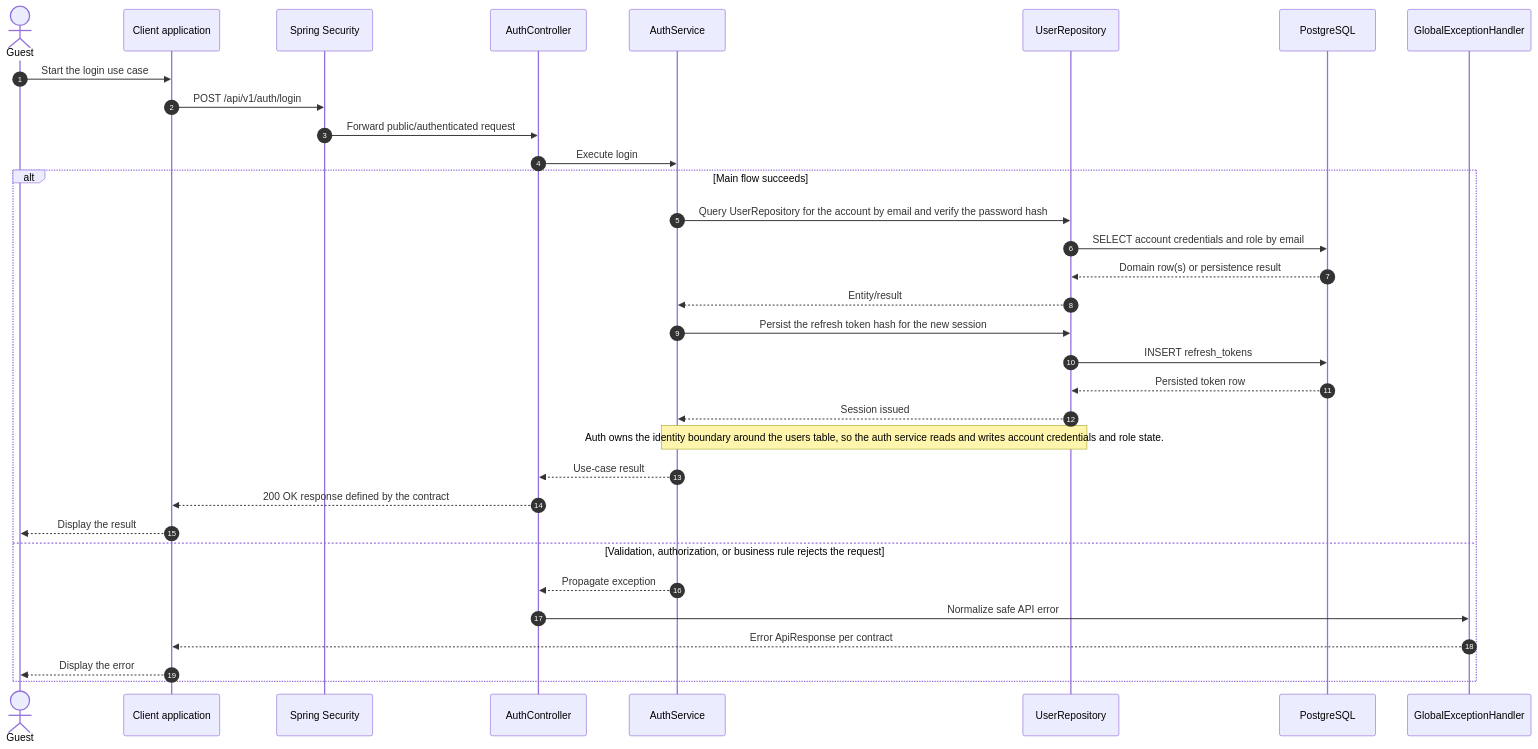
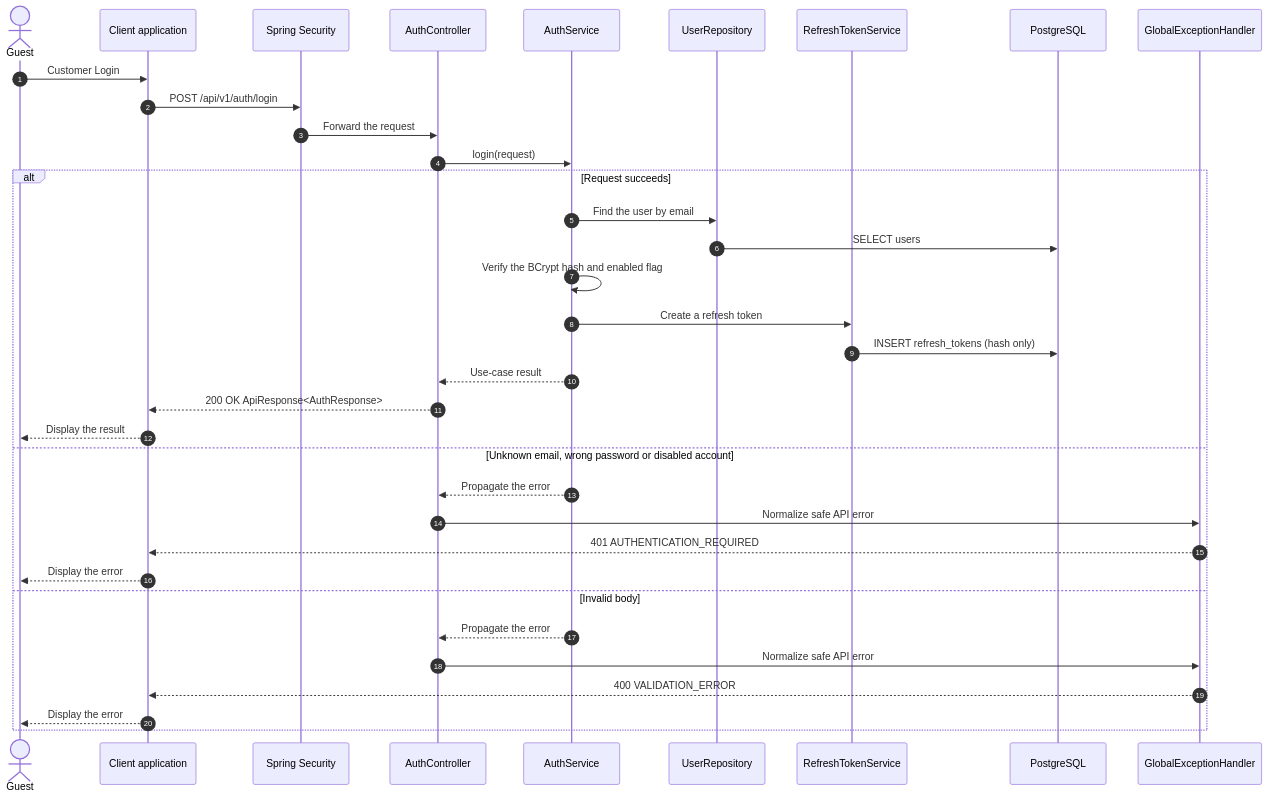
The diagram in sequence-diagram/customer/login.md (e-commercial-marketplace/commerce-platform-docs), drawn with Mermaid before and after one commit. The commit also changed other lines of this file and 232 other files, not shown here.

Commit message:
docs(usecase): align use cases, specs, activity and sequence diagrams with the backend

````diff
--- a/sequence-diagram/customer/login.md
+++ b/sequence-diagram/customer/login.md
@@ -9,35 +7,37 @@
 ```mermaid
 sequenceDiagram
     autonumber
     actor Guest
     participant Client as Client application
     participant Security as Spring Security
     participant Controller as AuthController
     participant Service as AuthService
     participant Repo as UserRepository
+    participant Tokens as RefreshTokenService
     participant DB as PostgreSQL
     participant Handler as GlobalExceptionHandler
-    Guest->>Client: Start the login use case
+    Guest->>Client: Customer Login
     Client->>Security: POST /api/v1/auth/login
-    Security->>Controller: Forward public/authenticated request
-    Controller->>Service: Execute login
-    alt Main flow succeeds
-        Service->>Repo: Query UserRepository for the account by email and verify the password hash
-        Repo->>DB: SELECT account credentials and role by email
-        DB-->>Repo: Domain row(s) or persistence result
-        Repo-->>Service: Entity/result
-        Service->>Repo: Persist the refresh token hash for the new session
-        Repo->>DB: INSERT refresh_tokens
-        DB-->>Repo: Persisted token row
-        Repo-->>Service: Session issued
-        Note over Service,Repo: Auth owns the identity boundary around the users table, so the auth service reads and writes account credentials and role state.
+    Security->>Controller: Forward the request
+    Controller->>Service: login(request)
+    alt Request succeeds
+        Service->>Repo: Find the user by email
+        Repo->>DB: SELECT users
+        Service->>Service: Verify the BCrypt hash and enabled flag
+        Service->>Tokens: Create a refresh token
+        Tokens->>DB: INSERT refresh_tokens (hash only)
         Service-->>Controller: Use-case result
-        Controller-->>Client: 200 OK response defined by the contract
+        Controller-->>Client: 200 OK ApiResponse<AuthResponse>
         Client-->>Guest: Display the result
-    else Validation, authorization, or business rule rejects the request
-        Service-->>Controller: Propagate exception
+    else Unknown email, wrong password or disabled account
+        Service-->>Controller: Propagate the error
         Controller->>Handler: Normalize safe API error
-        Handler-->>Client: Error ApiResponse per contract
+        Handler-->>Client: 401 AUTHENTICATION_REQUIRED
+        Client-->>Guest: Display the error
+    else Invalid body
+        Service-->>Controller: Propagate the error
+        Controller->>Handler: Normalize safe API error
+        Handler-->>Client: 400 VALIDATION_ERROR
         Client-->>Guest: Display the error
     end
 ```
````
